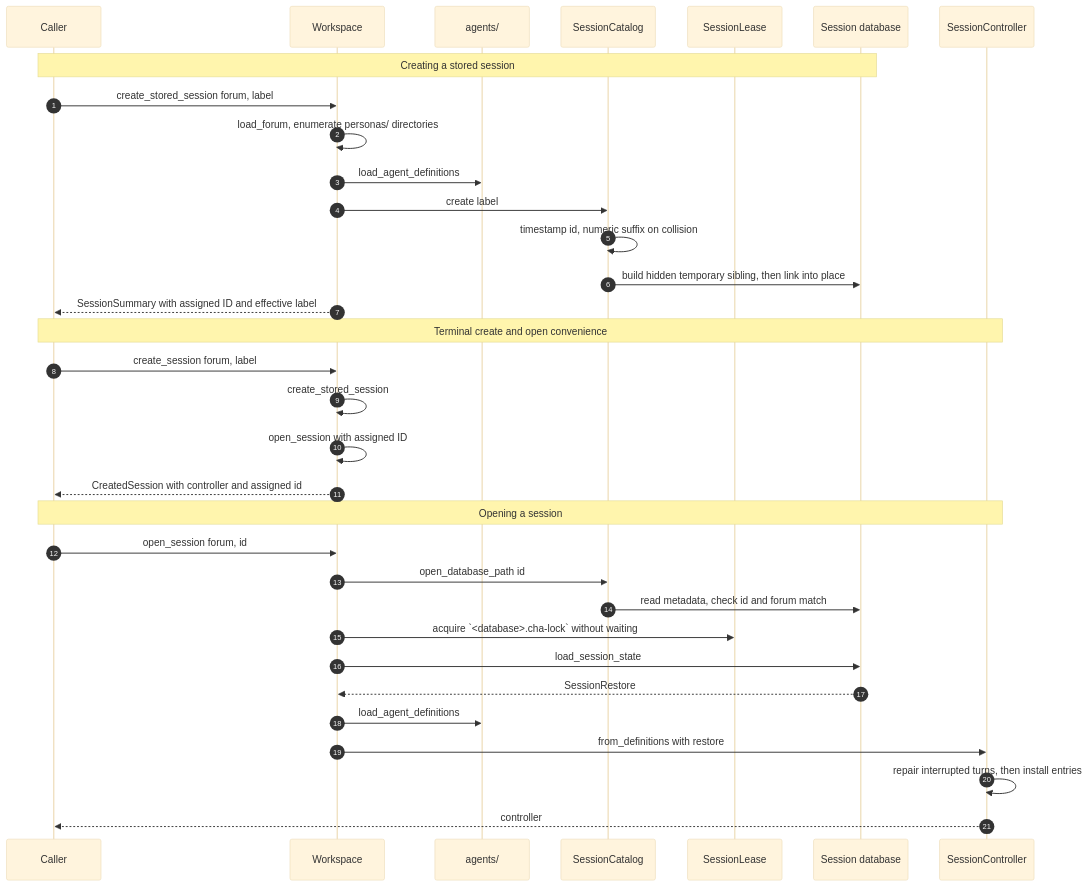
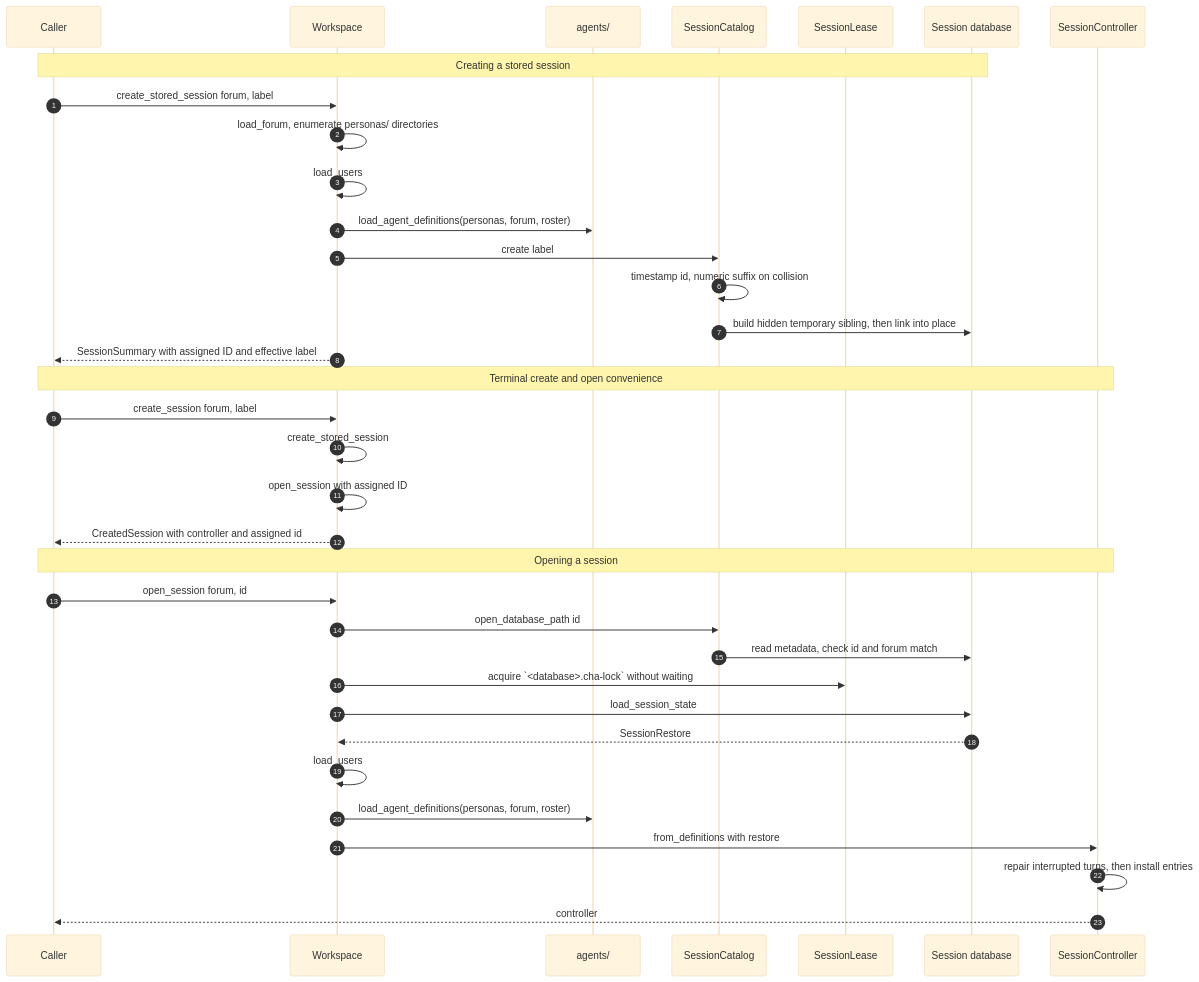
Before and after one commit to michaelpopov/cha: the second of 4 diagrams in src/session/README.md, drawn with Mermaid (base theme). The commit also changed 8 other files, not shown here.

````diff
--- a/src/session/README.md
+++ b/src/session/README.md
@@ -95,38 +95,40 @@
 ```mermaid
 sequenceDiagram
     autonumber
     participant UI as Caller
     participant WS as Workspace
     participant AG as agents/
     participant SC as SessionCatalog
     participant SL as SessionLease
     participant DB as Session database
     participant CC as SessionController
 
     Note over UI,DB: Creating a stored session
     UI->>WS: create_stored_session forum, label
     WS->>WS: load_forum, enumerate personas/ directories
-    WS->>AG: load_agent_definitions
+    WS->>WS: load_users
+    WS->>AG: load_agent_definitions(personas, forum, roster)
     WS->>SC: create label
     SC->>SC: timestamp id, numeric suffix on collision
     SC->>DB: build hidden temporary sibling, then link into place
     WS-->>UI: SessionSummary with assigned ID and effective label
 
     Note over UI,CC: Terminal create and open convenience
     UI->>WS: create_session forum, label
     WS->>WS: create_stored_session
     WS->>WS: open_session with assigned ID
     WS-->>UI: CreatedSession with controller and assigned id
 
     Note over UI,CC: Opening a session
     UI->>WS: open_session forum, id
     WS->>SC: open_database_path id
     SC->>DB: read metadata, check id and forum match
     WS->>SL: acquire `<database>.cha-lock` without waiting
     WS->>DB: load_session_state
     DB-->>WS: SessionRestore
-    WS->>AG: load_agent_definitions
+    WS->>WS: load_users
+    WS->>AG: load_agent_definitions(personas, forum, roster)
     WS->>CC: from_definitions with restore
     CC->>CC: repair interrupted turns, then install entries
     CC-->>UI: controller
 ```
````
